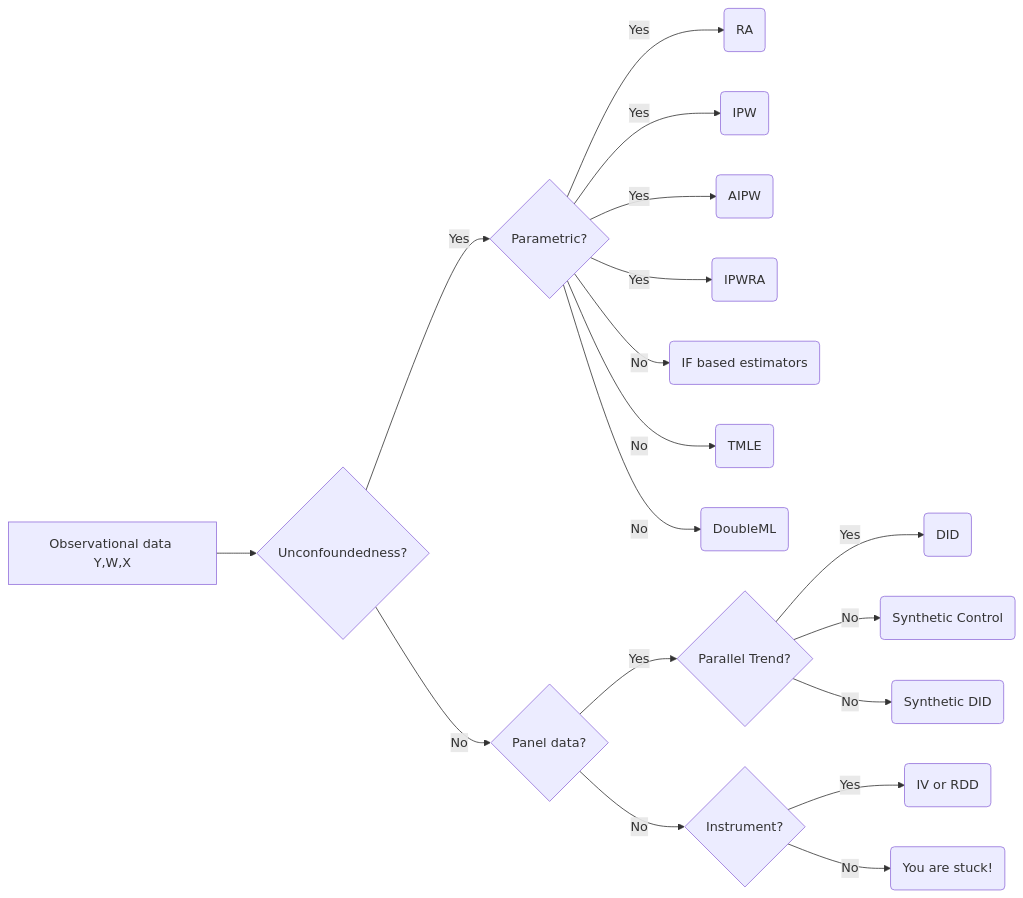
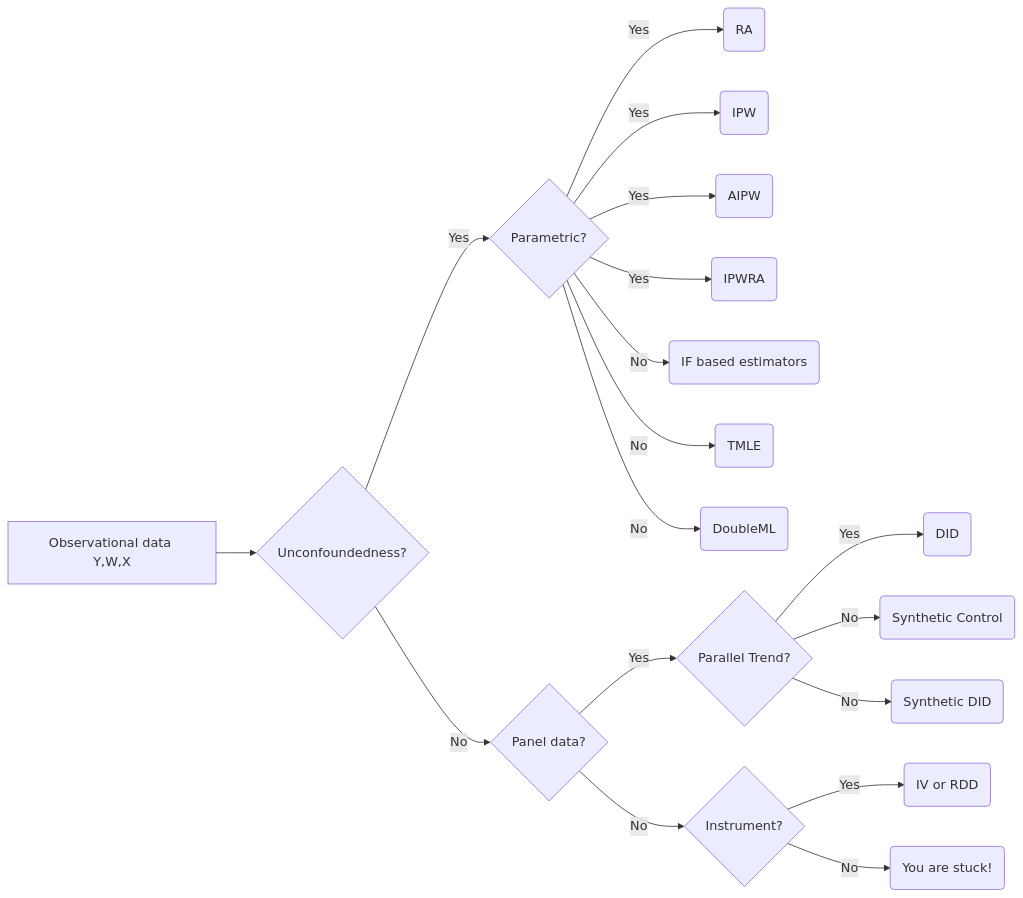
The diagram in identification.qmd (xiangao/causal_econometrics_julia), drawn with Mermaid before and after one commit. The commit also changed other lines of this file and 59 other files, not shown here.

````diff
--- a/identification.qmd
+++ b/identification.qmd
@@ -224,20 +217,22 @@
 ```{mermaid}
+%%| fig-width: 6.5
+%%{init: {'flowchart': {'diagramPadding': 30}}}%%
 flowchart LR
   A[Observational data Y,W,X] --> B{Unconfoundedness?}
   B --> | Yes | C{Parametric?}
   C --> | Yes | D(RA)
   C --> | Yes | E(IPW)
   C --> | Yes | F(AIPW)
   C --> | Yes | G(IPWRA)
   C --> | No | H(IF based estimators)
   C --> | No | I(TMLE)
   C --> | No | J(DoubleML)
   B --> | No | K{Panel data?}
   K --> | Yes | L{Parallel Trend?}
   L --> | Yes | M(DID)
   L --> | No | N(Synthetic Control)
   L --> | No | O(Synthetic DID)
   K --> | No | P{Instrument?}
   P --> | Yes | Q(IV or RDD)
   P --> | No | R(You are stuck!)
 ```
````
